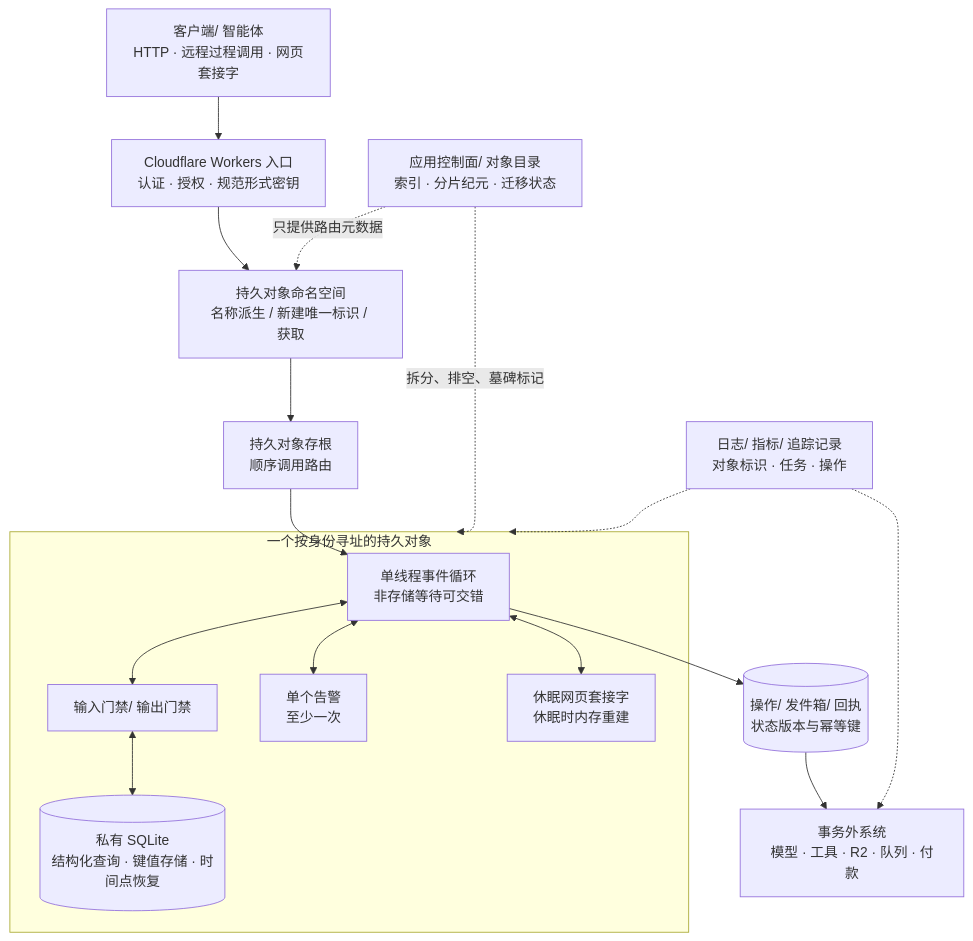
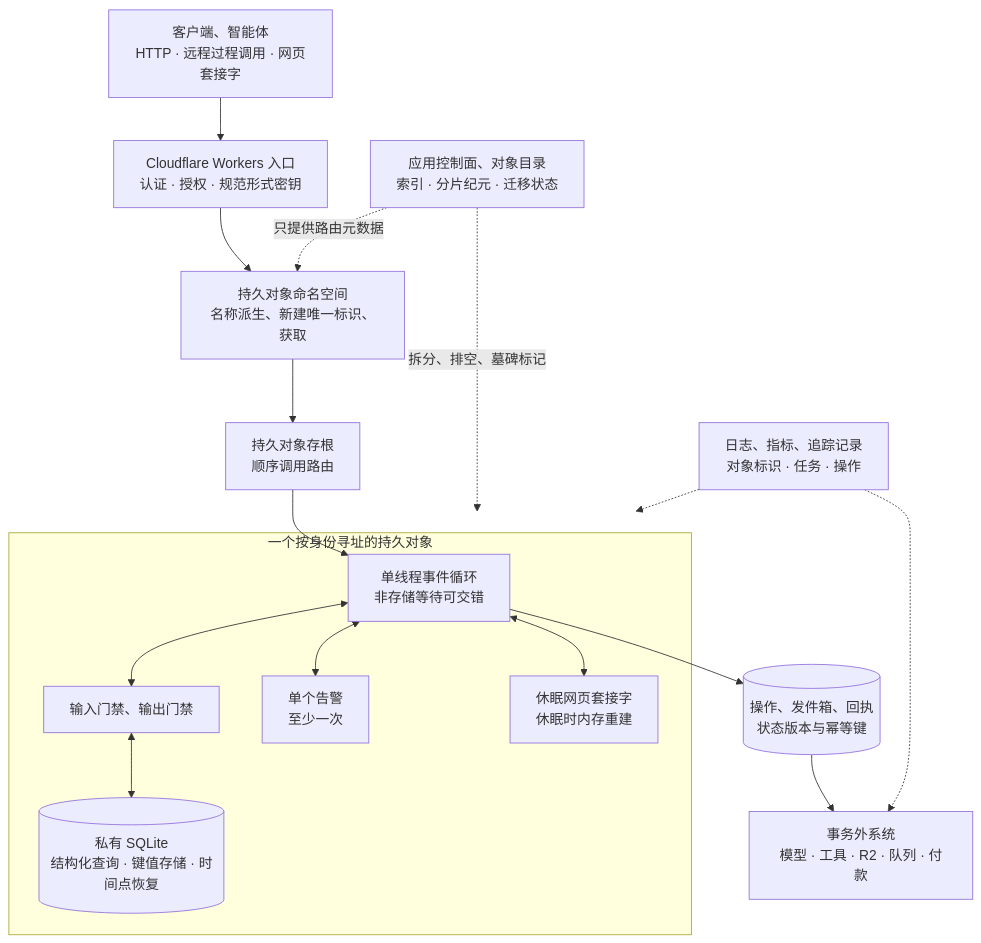
Before and after one commit to sealday/tego-arch: the diagram in content/cases/cloudflare-durable-objects-workerd.mdx, drawn with Mermaid. The commit also changed other lines of this file and 33 other files, not shown here.

````diff
--- a/content/cases/cloudflare-durable-objects-workerd.mdx
+++ b/content/cases/cloudflare-durable-objects-workerd.mdx
@@ -127,29 +127,29 @@
 ```mermaid
 flowchart TB
   accTitle: 身份寻址的智能体持久对象协调与外部副作用边界
   accDescr: 客户端先经 Cloudflare Workers 鉴权和规范形式密钥派生，再由命名空间将名称或随机标识转成存根，路由到一个会话、任务、租户或实体持久对象。对象内单线程事件循环、SQLite、告警和休眠网页套接字构成协调单元；模型、工具、队列与对象间索引位于事务外，必须经发件箱、回执和版本校验。
 
-  Client["客户端/ 智能体<br/>HTTP · 远程过程调用 · 网页套接字"] --> Edge["Cloudflare Workers 入口<br/>认证 · 授权 · 规范形式密钥"]
-  Edge --> NS["持久对象命名空间<br/>名称派生 / 新建唯一标识 / 获取"]
+  Client["客户端、智能体<br/>HTTP · 远程过程调用 · 网页套接字"] --> Edge["Cloudflare Workers 入口<br/>认证 · 授权 · 规范形式密钥"]
+  Edge --> NS["持久对象命名空间<br/>名称派生、新建唯一标识、获取"]
   NS --> Stub["持久对象存根<br/>顺序调用路由"]
 
   subgraph DO["一个按身份寻址的持久对象"]
     Loop["单线程事件循环<br/>非存储等待可交错"]
-    Gate["输入门禁/ 输出门禁"]
+    Gate["输入门禁、输出门禁"]
     DB[("私有 SQLite<br/>结构化查询 · 键值存储 · 时间点恢复")]
     Alarm["单个告警<br/>至少一次"]
     WS["休眠网页套接字<br/>休眠时内存重建"]
     Loop <--> Gate
     Gate <--> DB
     Loop <--> Alarm
     Loop <--> WS
   end
 
   Stub --> Loop
-  Loop --> Outbox[("操作/ 发件箱/ 回执<br/>状态版本与幂等键")]
+  Loop --> Outbox[("操作、发件箱、回执<br/>状态版本与幂等键")]
   Outbox --> External["事务外系统<br/>模型 · 工具 · R2 · 队列 · 付款"]
-  Control["应用控制面/ 对象目录<br/>索引 · 分片纪元 · 迁移状态"] -. "只提供路由元数据" .-> NS
+  Control["应用控制面、对象目录<br/>索引 · 分片纪元 · 迁移状态"] -. "只提供路由元数据" .-> NS
   Control -. "拆分、排空、墓碑标记" .-> DO
-  Obs["日志/ 指标/ 追踪记录<br/>对象标识 · 任务 · 操作"] -.-> DO
+  Obs["日志、指标、追踪记录<br/>对象标识 · 任务 · 操作"] -.-> DO
   Obs -.-> External
 ```
````
